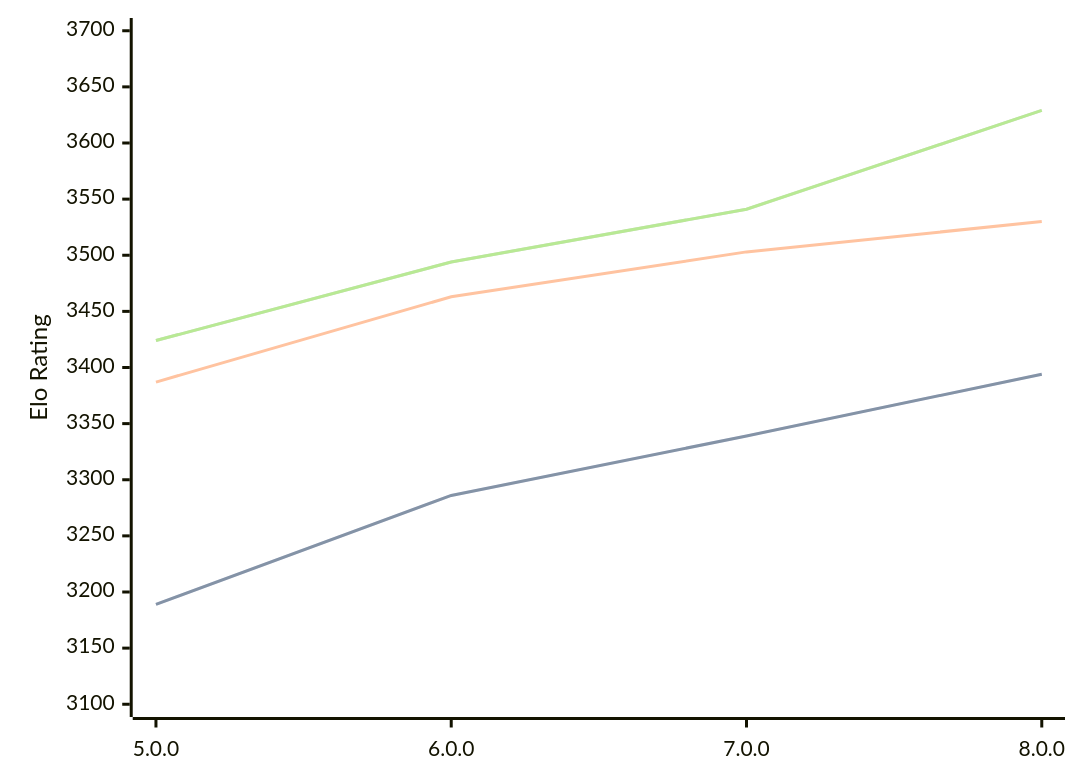
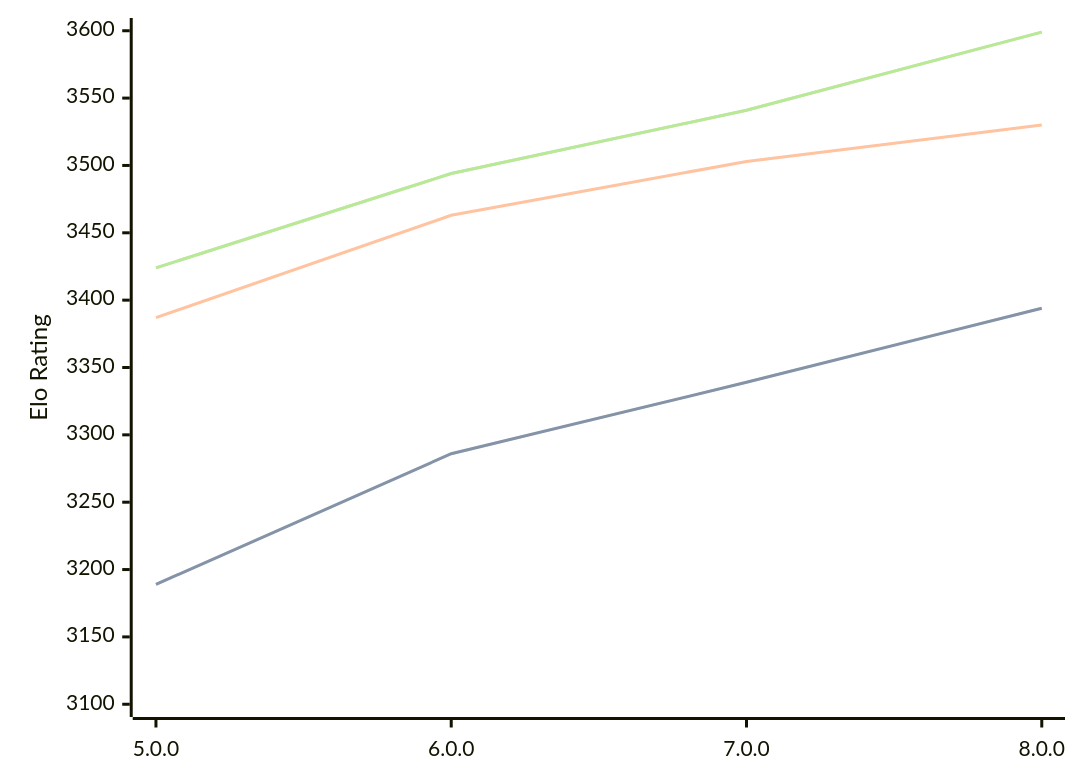
The first of 3 diagrams in engines/Stormphrax.md (computer-chess-index/cci), drawn with Mermaid before and after one commit. The commit also changed other lines of this file, not shown here.

Commit message:
Update CCI Ratings (ELO VLTC) - 2026-07-07

````diff
--- a/engines/Stormphrax.md
+++ b/engines/Stormphrax.md
@@ -39,11 +39,11 @@
 ```mermaid
 %%{init: {"theme":"base","themeVariables":{"seriesColors:['#a3a3a3','#222221','#faa371']}}}%%
 xychart-beta
   x-axis ["5.0.0", "6.0.0", "7.0.0", "8.0.0"]
-  y-axis "Elo Rating" 3100 --> 3700
+  y-axis "Elo Rating" 3100 --> 3600
   line "STC (8.0+0.08s)" [3189, 3286, 3339, 3394]
   line "STC (8.0+0.08s)" [3189, 3286, 3339, 3394]
   line "LTC (60.0+0.60s)" [3387, 3463, 3503, 3530]
-  line "VLTC (2m24s+1.12s)" [3424, 3494, 3541, 3629]
-  line "VLTC (2m24s+1.12s)" [3424, 3494, 3541, 3629]
+  line "VLTC (2m24s+1.12s)" [3424, 3494, 3541, 3599]
+  line "VLTC (2m24s+1.12s)" [3424, 3494, 3541, 3599]
 ```
````
